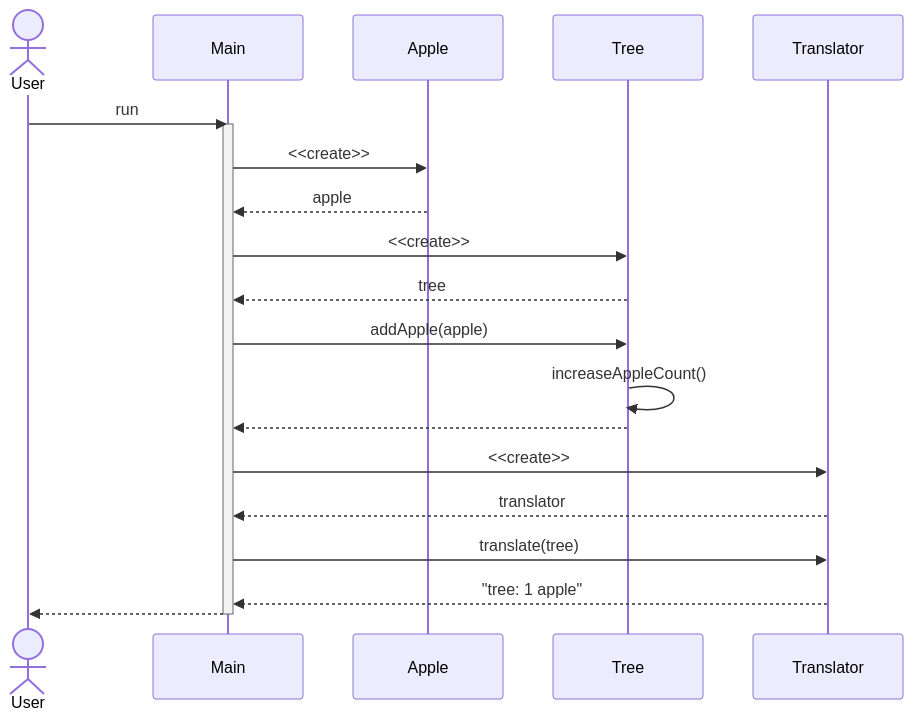
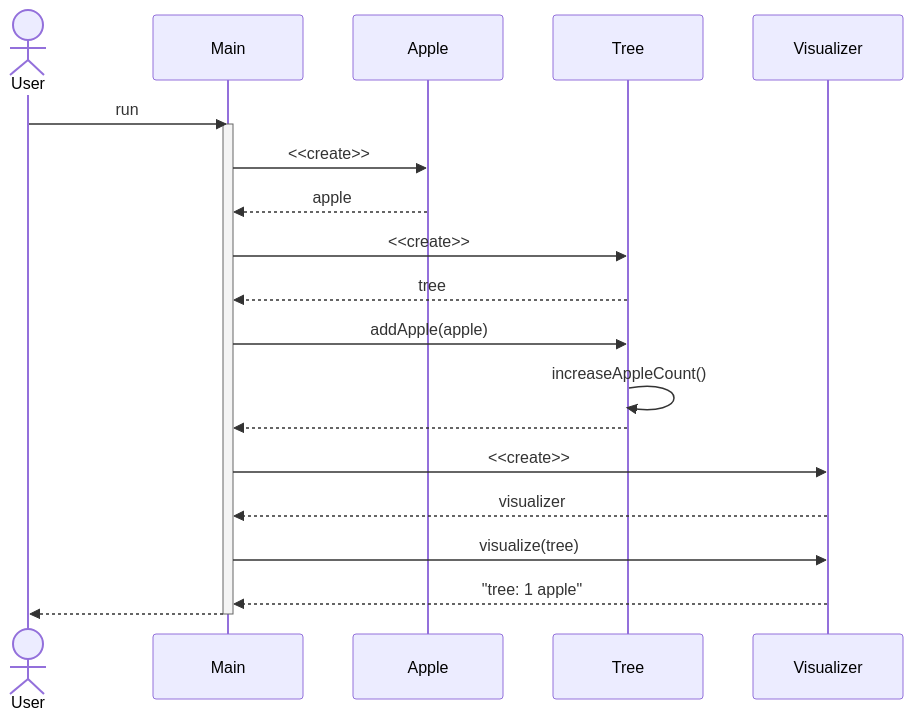
One commit to stefanlaux/M320_StefanLaux changed the diagram in K06/Diagramm2.mmd. Above: the diagram before and after it, drawn with Mermaid. The commit also changed other lines of this file and 15 other files, not shown here.

```diff
--- a/K06/Diagramm2.mmd
+++ b/K06/Diagramm2.mmd
@@ -1,23 +1,23 @@
 sequenceDiagram
 
     actor User
     User ->> Main : run
     activate Main
     participant Apple
     Main ->> Apple : <<create>>
     Apple -->> Main : apple
     participant Tree
     Main ->> Tree : <<create>>
     Tree -->> Main : tree
     Main ->> Tree: addApple(apple)
     Tree ->> Tree: increaseAppleCount()
     Tree -->> Main : 
-    participant Translator
-    Main ->> Translator : <<create>>
-    Translator -->> Main : translator
-    Main ->> Translator : translate(tree)
-    Translator -->> Main : "tree: 1 apple"
+    participant Visualizer
+    Main ->> Visualizer : <<create>>
+    Visualizer -->> Main : visualizer
+    Main ->> Visualizer : visualize(tree)
+    Visualizer -->> Main : "tree: 1 apple"
     Main -->> User : 
 
    
     deactivate Main
```
